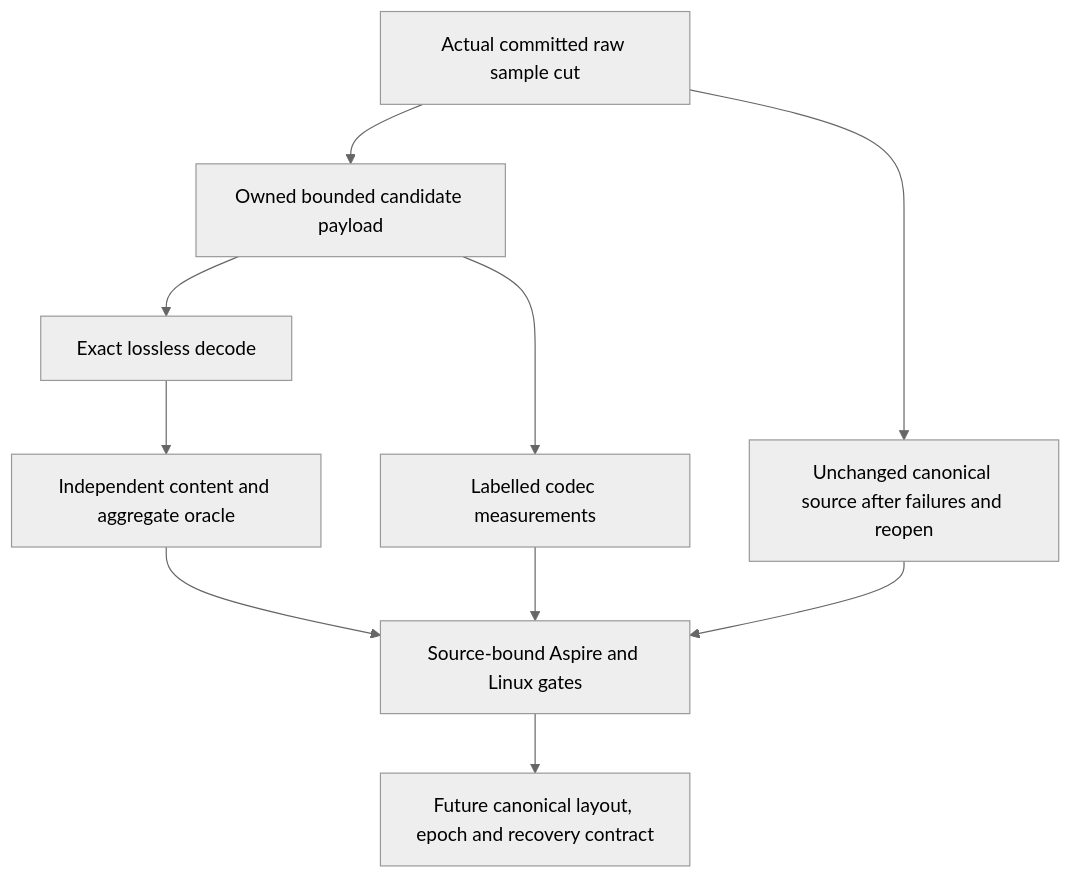
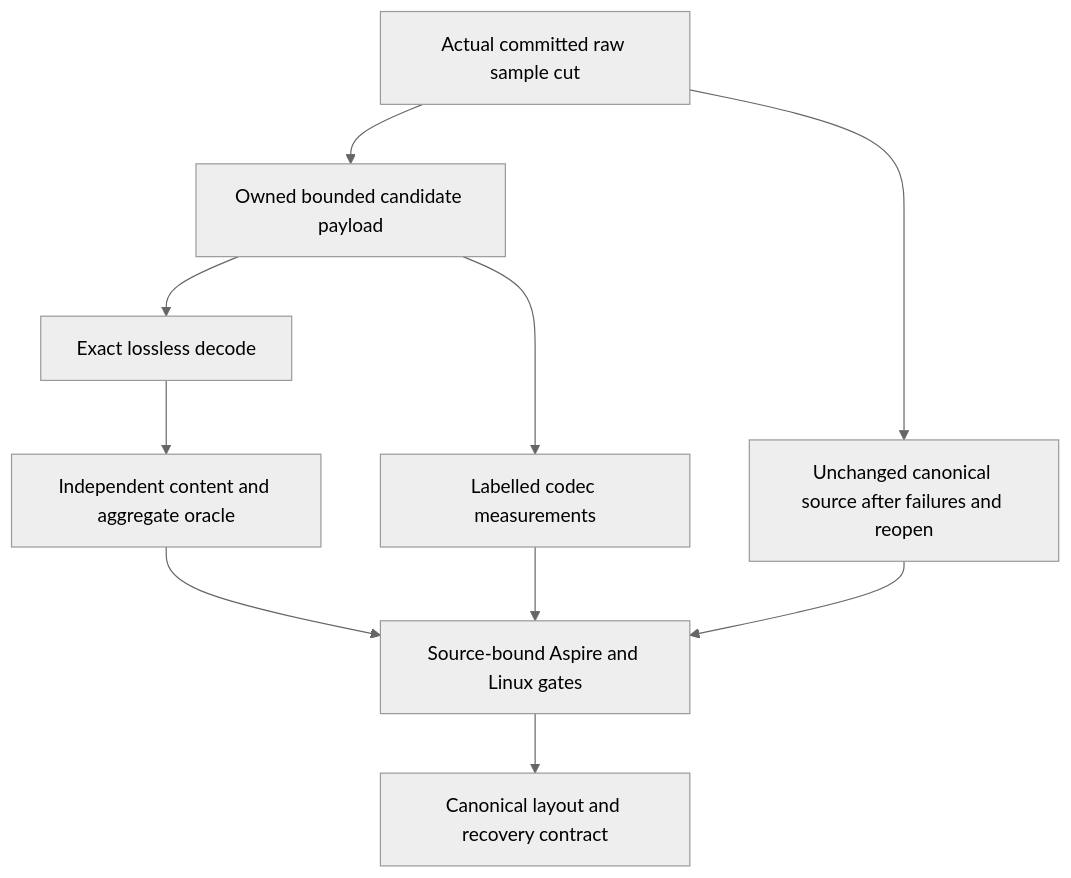
The third of 3 diagrams in docs/Features/TimeSeries.md (managedcode/KeyLoad), drawn with Mermaid (neutral theme) before and after one commit. The commit also changed other lines of this file and 856 other files, not shown here.

````diff
--- a/docs/Features/TimeSeries.md
+++ b/docs/Features/TimeSeries.md
@@ -136,12 +137,12 @@
 ```mermaid
 flowchart TD
  S[Actual committed raw sample cut] --> E[Owned bounded candidate payload]
  E --> D[Exact lossless decode]
  D --> O[Independent content and aggregate oracle]
  S --> I[Unchanged canonical source after failures and reopen]
  E --> M[Labelled codec measurements]
  O --> Q[Source-bound Aspire and Linux gates]
  I --> Q
  M --> Q
- Q --> F[Future canonical layout, epoch and recovery contract]
+ Q --> F[Canonical layout and recovery contract]
 ```
````
